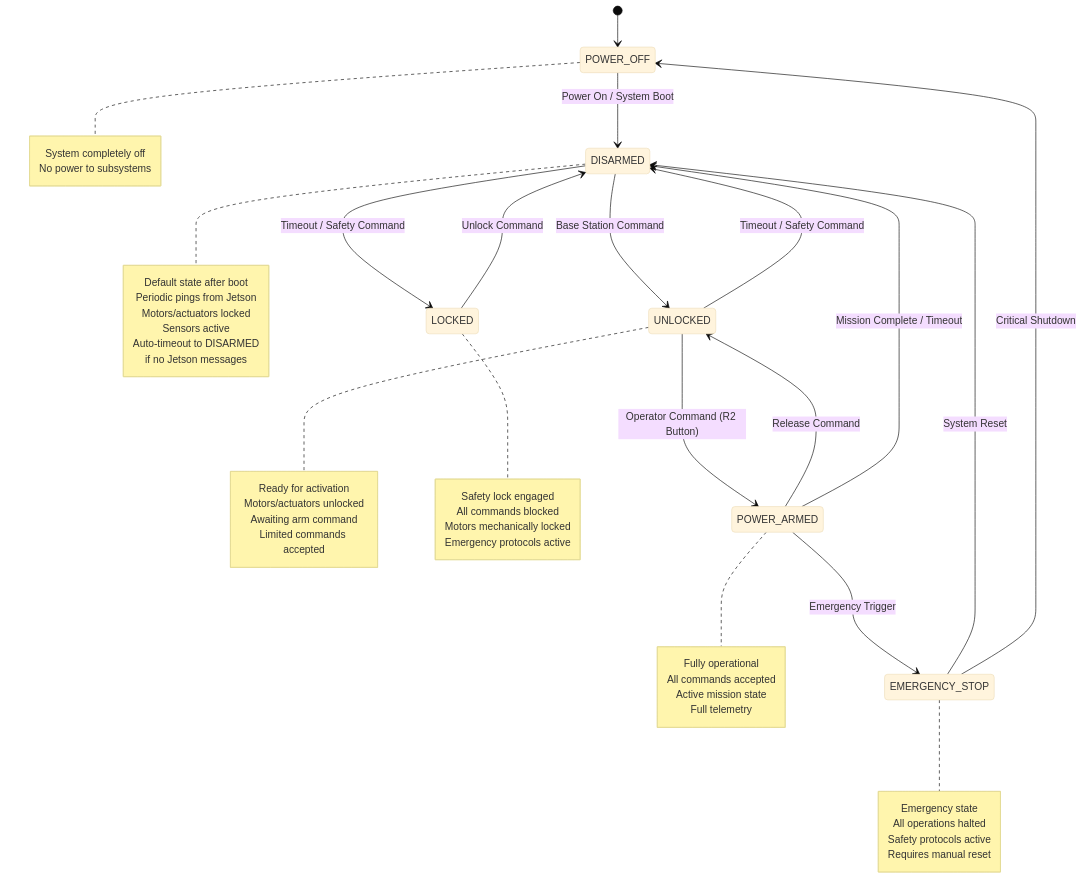
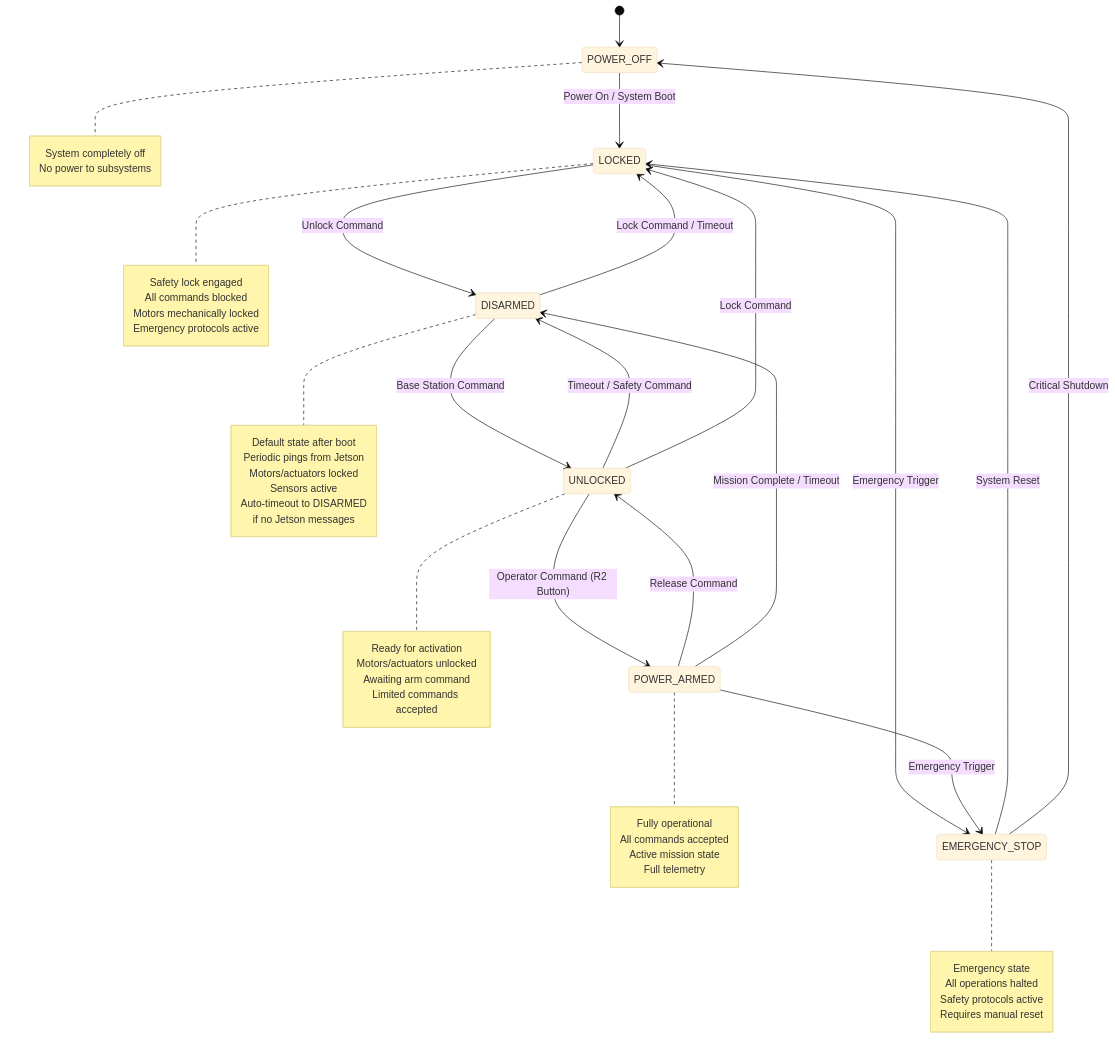
Before and after one commit to AryanRai/SIRI-Elec: the diagram in state_machine.md, drawn with Mermaid (base theme). The commit also changed other lines of this file and 4 other files, not shown here.

````diff
--- a/state_machine.md
+++ b/state_machine.md
@@ -9,63 +9,65 @@
 ```mermaid
 stateDiagram-v2
     [*] --> POWER_OFF
     
-    POWER_OFF --> DISARMED : Power On / System Boot
+    POWER_OFF --> LOCKED : Power On / System Boot
     
+    LOCKED --> DISARMED : Unlock Command
+    LOCKED --> EMERGENCY_STOP : Emergency Trigger
+    
+    DISARMED --> LOCKED : Lock Command / Timeout
     DISARMED --> UNLOCKED : Base Station Command
-    DISARMED --> LOCKED : Timeout / Safety Command
     
     UNLOCKED --> POWER_ARMED : Operator Command (R2 Button)
     UNLOCKED --> DISARMED : Timeout / Safety Command
+    UNLOCKED --> LOCKED : Lock Command
     
     POWER_ARMED --> UNLOCKED : Release Command
     POWER_ARMED --> EMERGENCY_STOP : Emergency Trigger
     POWER_ARMED --> DISARMED : Mission Complete / Timeout
     
-    LOCKED --> DISARMED : Unlock Command
-    
-    EMERGENCY_STOP --> DISARMED : System Reset
+    EMERGENCY_STOP --> LOCKED : System Reset
     EMERGENCY_STOP --> POWER_OFF : Critical Shutdown
     
     note right of POWER_OFF
         System completely off
         No power to subsystems
     end note
     
     note right of DISARMED
         Default state after boot
         Periodic pings from Jetson
         Motors/actuators locked
         Sensors active
         Auto-timeout to DISARMED
         if no Jetson messages
     end note
     
     note right of UNLOCKED
         Ready for activation
         Motors/actuators unlocked
         Awaiting arm command
         Limited commands accepted
     end note
     
     note right of POWER_ARMED
         Fully operational
         All commands accepted
         Active mission state
         Full telemetry
     end note
     
     note right of LOCKED
         Safety lock engaged
         All commands blocked
         Motors mechanically locked
         Emergency protocols active
     end note
     
     note right of EMERGENCY_STOP
         Emergency state
         All operations halted
         Safety protocols active
         Requires manual reset
     end note
 ```
````
